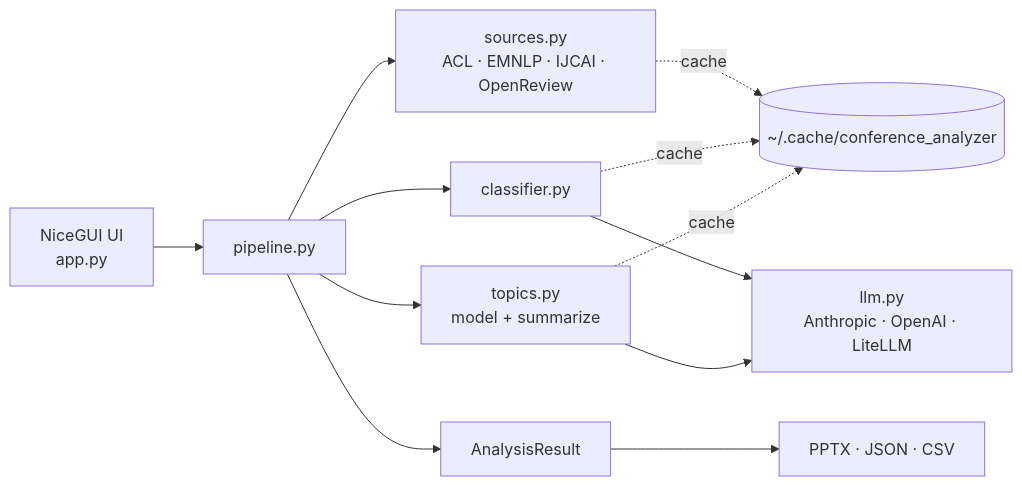
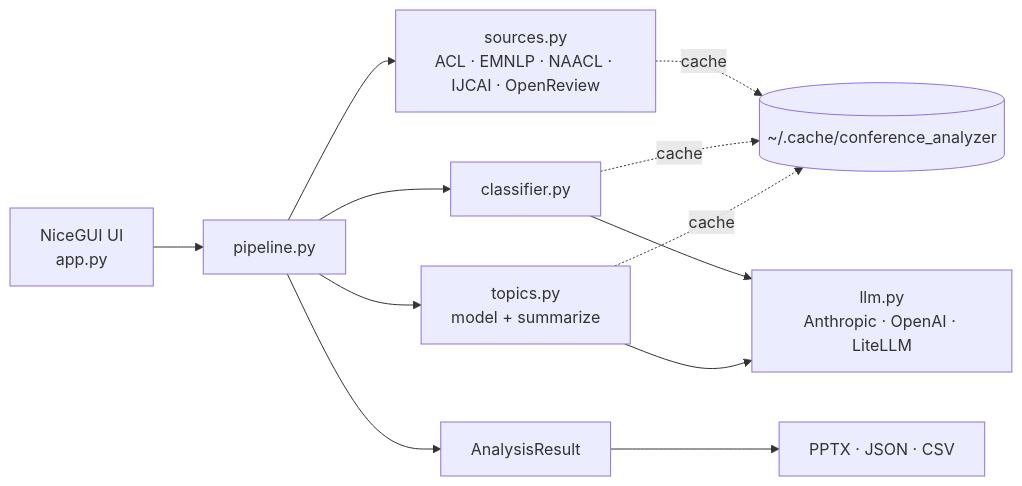
The diagram in README.md (picaultj/conflens), drawn with Mermaid before and after one commit. The commit also changed other lines of this file and 3 other files, not shown here.

First line of the commit message:
Add NAACL source (ACL Anthology)

````diff
--- a/README.md
+++ b/README.md
@@ -106,13 +107,13 @@
 ```mermaid
 flowchart LR
     UI["NiceGUI UI<br/>app.py"] --> PIPE["pipeline.py"]
-    PIPE --> SRC["sources.py<br/>ACL · EMNLP · IJCAI · OpenReview"]
+    PIPE --> SRC["sources.py<br/>ACL · EMNLP · NAACL · IJCAI · OpenReview"]
     PIPE --> CLS["classifier.py"]
     PIPE --> TOP["topics.py<br/>model + summarize"]
     CLS --> LLM["llm.py<br/>Anthropic · OpenAI · LiteLLM"]
     TOP --> LLM
     PIPE --> RES["AnalysisResult"] --> EXP["PPTX · JSON · CSV"]
     SRC -. cache .-> CACHE[("~/.cache/conference_analyzer")]
     CLS -. cache .-> CACHE
     TOP -. cache .-> CACHE
 ```
````
